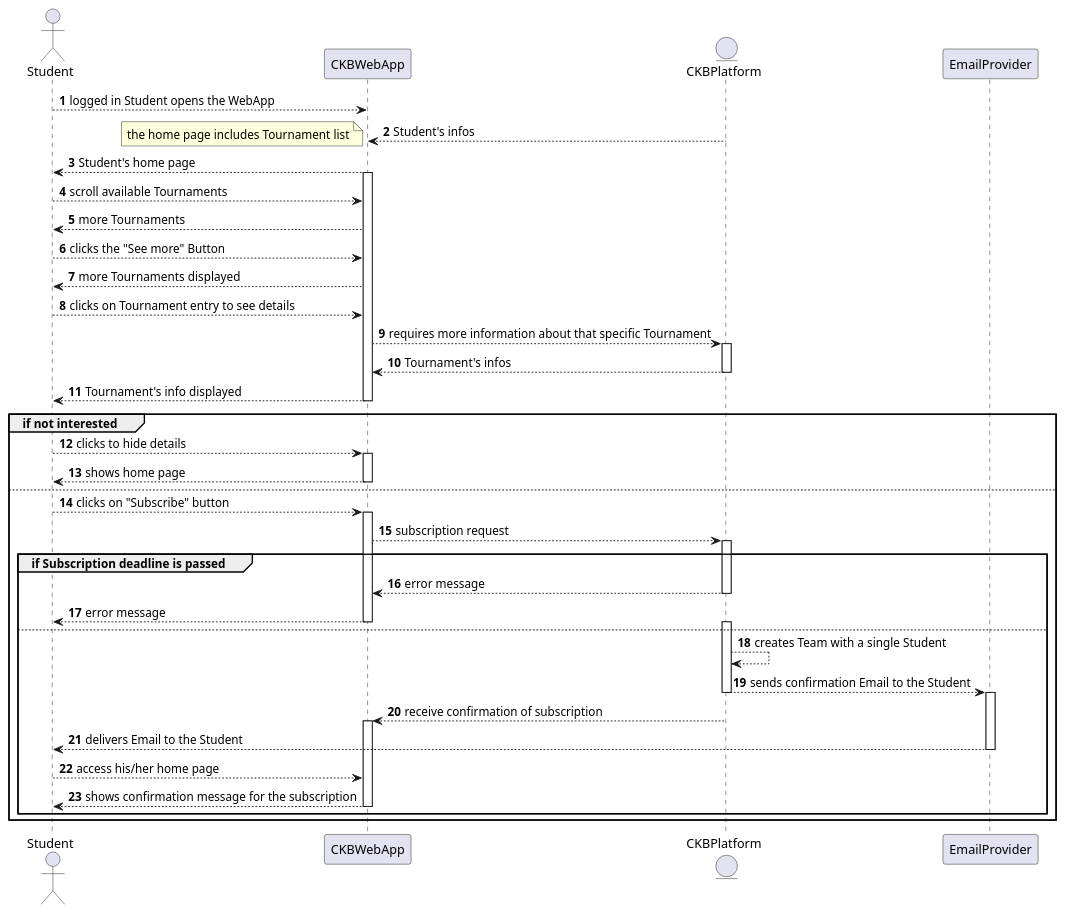
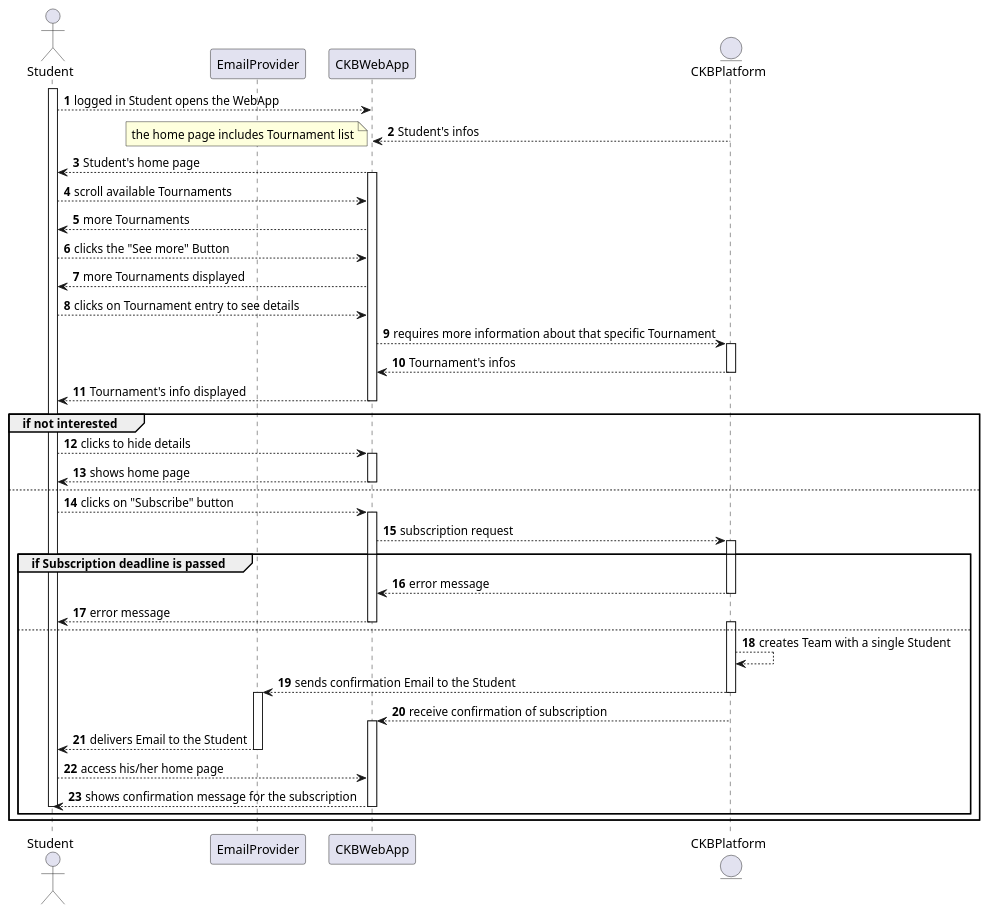
The diagram in _RASD/Images/UML/sequenceDiagram/sequenceDiagramUC2.wsd (Angelo7672/SE2_Requirement-and-Design-Document), drawn with PlantUML before and after one commit. The commit also changed 16 other files, not shown here.

```diff
--- a/_RASD/Images/UML/sequenceDiagram/sequenceDiagramUC2.wsd
+++ b/_RASD/Images/UML/sequenceDiagram/sequenceDiagramUC2.wsd
@@ -1,58 +1,61 @@
 @startuml
 autonumber
 actor Student as S
+participant EmailProvider as E
 participant CKBWebApp as A
 entity CKBPlatform as P
-participant EmailProvider as E
 
+
+activate S
 S--->A: logged in Student opens the WebApp
 
 A<---P: Student's infos
 deactivate P
 note left
     the home page includes Tournament list
 end note
 S<---A: Student's home page
 activate A
 S--->A: scroll available Tournaments
 S<---A: more Tournaments
 S--->A: clicks the "See more" Button
 S<---A: more Tournaments displayed
 S--->A: clicks on Tournament entry to see details
 A--->P: requires more information about that specific Tournament
 activate P
 A<---P: Tournament's infos
 deactivate P
 S<---A: Tournament's info displayed
 deactivate A
 group if not interested
     S--->A: clicks to hide details
     activate A
     S<---A: shows home page
     deactivate A
 else 
     S--->A: clicks on "Subscribe" button
     activate A
     A--->P: subscription request
     activate P
     group if Subscription deadline is passed
         P--->A: error message
         deactivate P
         S<--A: error message
         deactivate A
     else
         activate P
         P--->P: creates Team with a single Student
         P--->E: sends confirmation Email to the Student
         deactivate P
         activate E
         A<---P: receive confirmation of subscription
         activate A
         E--->S: delivers Email to the Student
         deactivate E
         S--->A: access his/her home page
         S<---A: shows confirmation message for the subscription
         deactivate A
+        deactivate S
     end
 end
 @enduml
```
